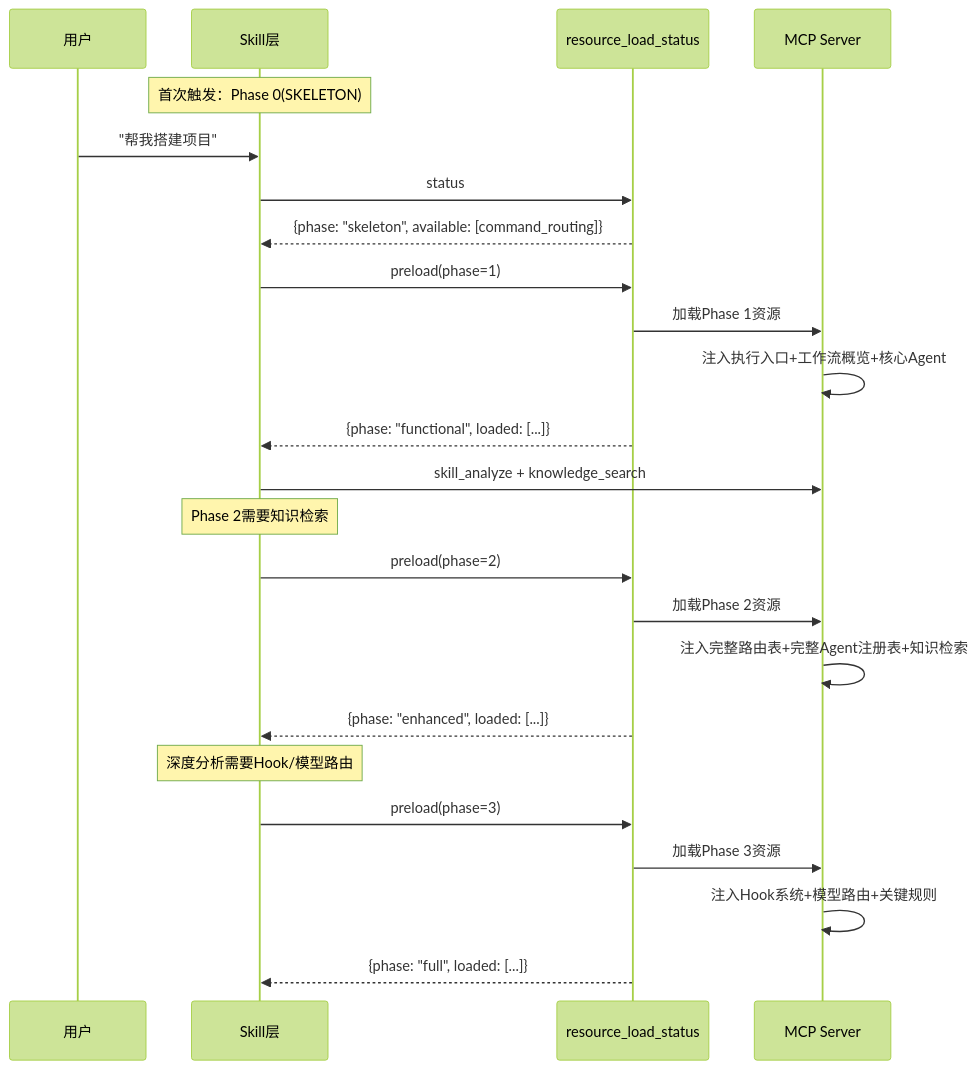
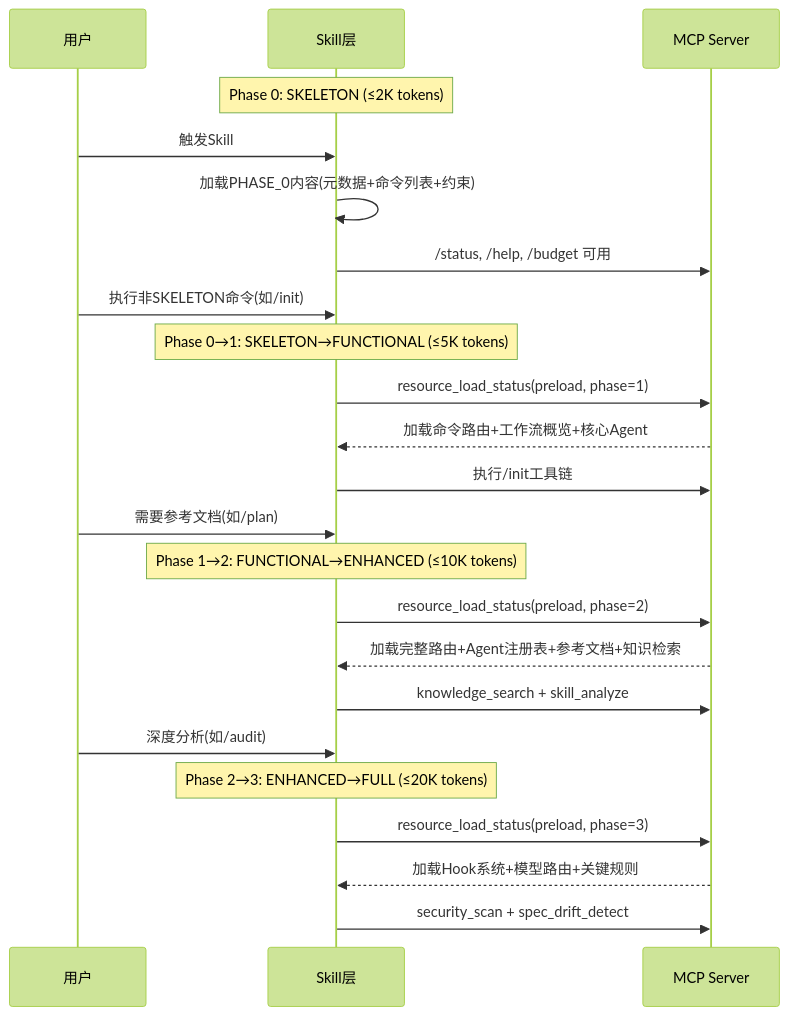
One commit to xuanyuanchumo/xuansto changed the second of 5 diagrams in docs/plan/ARCHITECTURE.md. Above: the diagram before and after it, drawn with Mermaid (forest theme). The commit also changed other lines of this file and 34 other files, not shown here.

````diff
--- a/docs/plan/ARCHITECTURE.md
+++ b/docs/plan/ARCHITECTURE.md
@@ -467,30 +506,29 @@
 ```mermaid
 sequenceDiagram
     participant User as 用户
     participant Skill as Skill层
-    participant RLS as resource_load_status
     participant MCP as MCP Server
 
-    Note over Skill: 首次触发：Phase 0(SKELETON)
-    User->>Skill: "帮我搭建项目"
-    Skill->>RLS: status
-    RLS-->>Skill: {phase: "skeleton", available: [command_routing]}
+    Note over Skill: Phase 0: SKELETON (≤2K tokens)
+    User->>Skill: 触发Skill
+    Skill->>Skill: 加载PHASE_0内容(元数据+命令列表+约束)
+    Skill->>MCP: /status, /help, /budget 可用
 
-    Skill->>RLS: preload(phase=1)
-    RLS->>MCP: 加载Phase 1资源
-    MCP->>MCP: 注入执行入口+工作流概览+核心Agent
-    RLS-->>Skill: {phase: "functional", loaded: [...]}
+    User->>Skill: 执行非SKELETON命令(如/init)
+    Note over Skill: Phase 0→1: SKELETON→FUNCTIONAL (≤5K tokens)
+    Skill->>MCP: resource_load_status(preload, phase=1)
+    MCP-->>Skill: 加载命令路由+工作流概览+核心Agent
+    Skill->>MCP: 执行/init工具链
 
-    Skill->>MCP: skill_analyze + knowledge_search
-    Note over Skill: Phase 2需要知识检索
-    Skill->>RLS: preload(phase=2)
-    RLS->>MCP: 加载Phase 2资源
-    MCP->>MCP: 注入完整路由表+完整Agent注册表+知识检索
-    RLS-->>Skill: {phase: "enhanced", loaded: [...]}
+    User->>Skill: 需要参考文档(如/plan)
+    Note over Skill: Phase 1→2: FUNCTIONAL→ENHANCED (≤10K tokens)
+    Skill->>MCP: resource_load_status(preload, phase=2)
+    MCP-->>Skill: 加载完整路由+Agent注册表+参考文档+知识检索
+    Skill->>MCP: knowledge_search + skill_analyze
 
-    Note over Skill: 深度分析需要Hook/模型路由
-    Skill->>RLS: preload(phase=3)
-    RLS->>MCP: 加载Phase 3资源
-    MCP->>MCP: 注入Hook系统+模型路由+关键规则
-    RLS-->>Skill: {phase: "full", loaded: [...]}
+    User->>Skill: 深度分析(如/audit)
+    Note over Skill: Phase 2→3: ENHANCED→FULL (≤20K tokens)
+    Skill->>MCP: resource_load_status(preload, phase=3)
+    MCP-->>Skill: 加载Hook系统+模型路由+关键规则
+    Skill->>MCP: security_scan + spec_drift_detect
 ```
````
